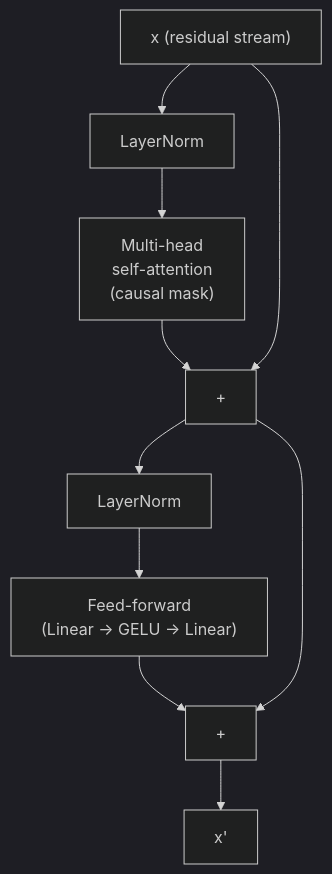
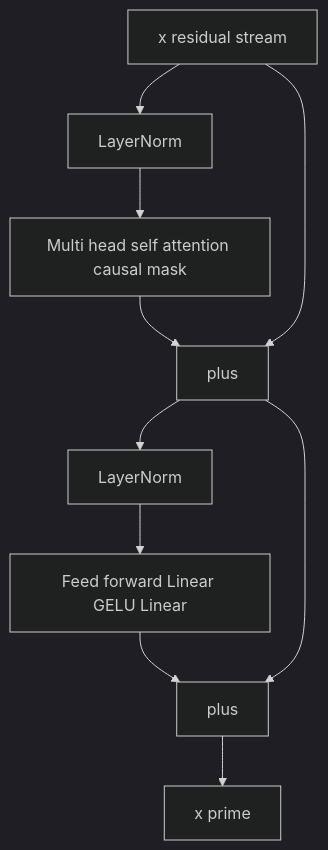
The second of 2 diagrams in docs/03-phase1-build-plan.md (tesserix/slm-support-platform), drawn with Mermaid (dark theme) before and after one commit. The commit also changed other lines of this file and 3 other files, not shown here.

First line of the commit message:
fix(docs): simplify mermaid diagrams to lowest-common-denominator syntax

````diff
--- a/docs/03-phase1-build-plan.md
+++ b/docs/03-phase1-build-plan.md
@@ -27,17 +33,21 @@
 ```mermaid
 graph TB
-    X["x (residual stream)"]
-    LN1["LayerNorm"]
-    ATT["Multi-head<br/>self-attention<br/>(causal mask)"]
-    ADD1["+"]
-    LN2["LayerNorm"]
-    FFN["Feed-forward<br/>(Linear → GELU → Linear)"]
-    ADD2["+"]
-    OUT["x'"]
+    X[x residual stream]
+    LN1[LayerNorm]
+    ATT[Multi head self attention causal mask]
+    ADD1[plus]
+    LN2[LayerNorm]
+    FFN[Feed forward Linear GELU Linear]
+    ADD2[plus]
+    OUT[x prime]
 
-    X --> LN1 --> ATT --> ADD1
+    X --> LN1
+    LN1 --> ATT
+    ATT --> ADD1
     X --> ADD1
-    ADD1 --> LN2 --> FFN --> ADD2
+    ADD1 --> LN2
+    LN2 --> FFN
+    FFN --> ADD2
     ADD1 --> ADD2
     ADD2 --> OUT
 ```
````
